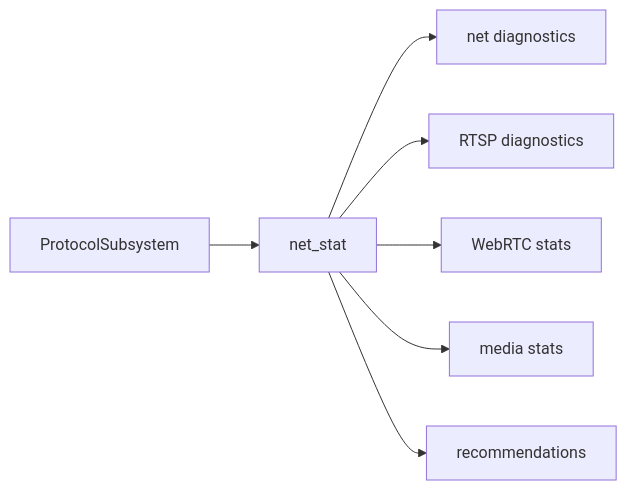
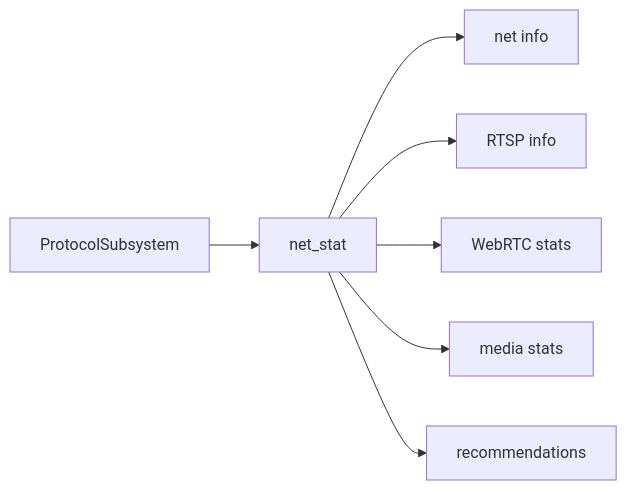
One commit to 373699756/live_stream changed the diagram in docs/libs/net_stat.md. Above: the diagram before and after it, drawn with Mermaid. The commit also changed other lines of this file and 359 other files, not shown here.

````diff
--- a/docs/libs/net_stat.md
+++ b/docs/libs/net_stat.md
@@ -20,9 +20,9 @@
 ```mermaid
 flowchart LR
   App[ProtocolSubsystem] --> NA[net_stat]
-  NA --> Net[net diagnostics]
-  NA --> RTSP[RTSP diagnostics]
+  NA --> Net[net info]
+  NA --> RTSP[RTSP info]
   NA --> WebRTC[WebRTC stats]
   NA --> Media[media stats]
   NA --> Rec[recommendations]
 ```
````
